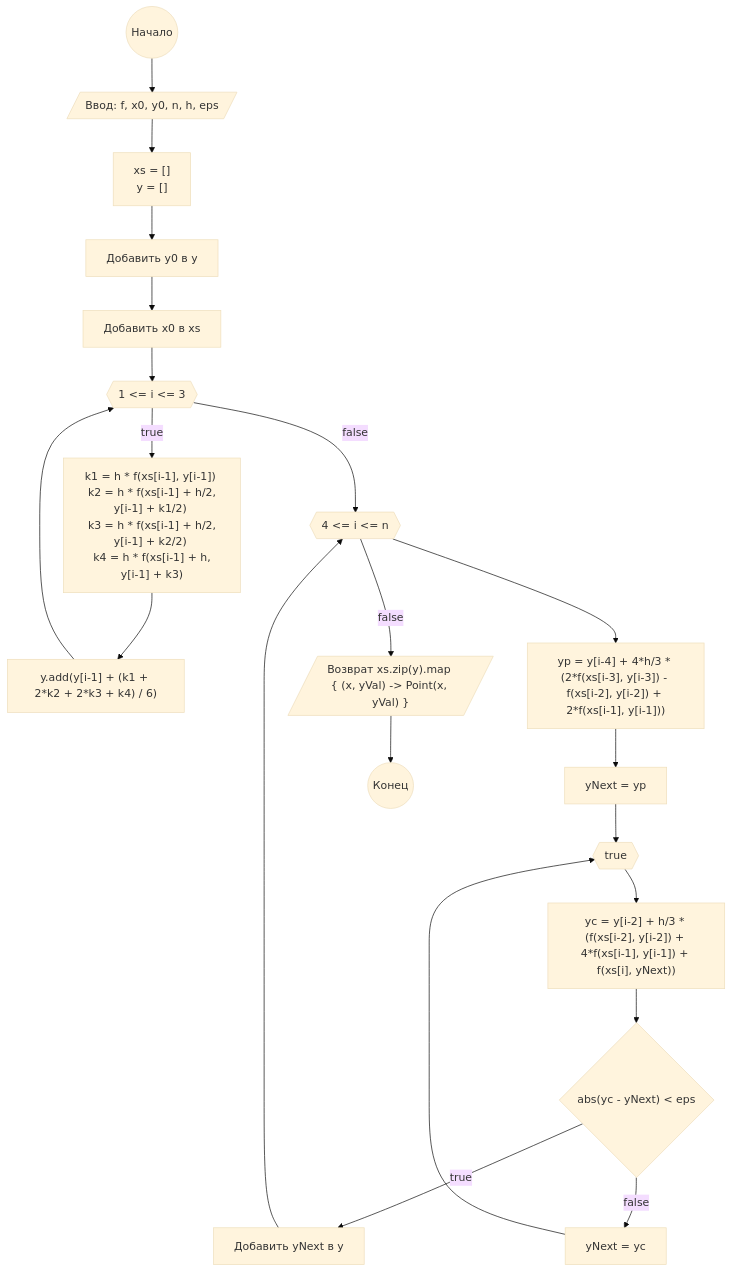
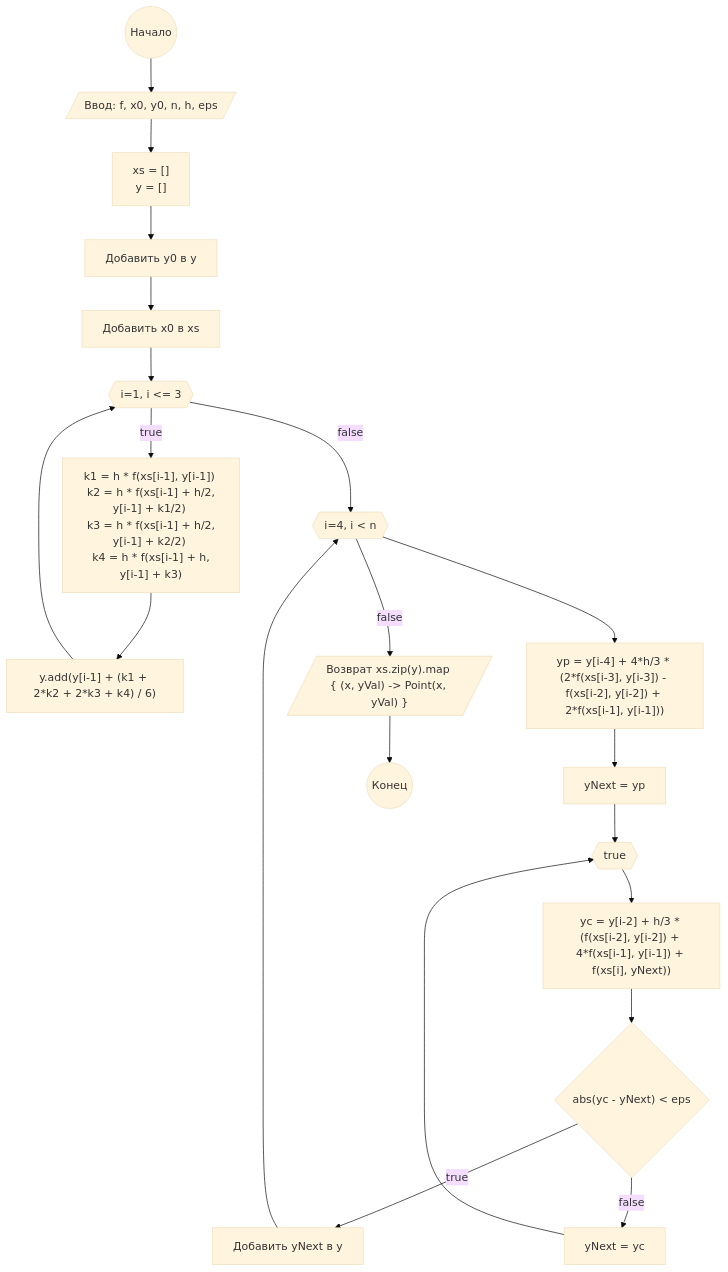
The diagram in docs/schemes/milne_method.mmd (arekalov/CompMat-lab6), drawn with Mermaid (base theme) before and after one commit. The commit also changed 4 other files, not shown here.

```diff
--- a/docs/schemes/milne_method.mmd
+++ b/docs/schemes/milne_method.mmd
@@ -1,31 +1,31 @@
 graph TD
     A(("Начало"))
     B[/"Ввод: f, x0, y0, n, h, eps"/]
     C["xs = []\n y = []"]
     C1["Добавить y0 в y"]
     X1["Добавить x0 в xs"]
 
-    FIRST-FOR{{"1 &lt;= i &lt;= 3"}}
+    FIRST-FOR{{"i=1, i <= 3"}}
     KS["k1 = h * f(xs[i-1], y[i-1]) \n k2 = h * f(xs[i-1] + h/2, y[i-1] + k1/2) \n k3 = h * f(xs[i-1] + h/2, y[i-1] + k2/2) \n k4 = h * f(xs[i-1] + h, y[i-1] + k3)"]
     Y-ADD["y.add(y[i-1] + (k1 + 2*k2 + 2*k3 + k4) / 6)"]
 
-    SECOND_FOR{{"4 &lt;= i &lt;= n"}}
+    SECOND_FOR{{"i=4, i < n"}}
     YP["yp = y[i-4] + 4*h/3 * (2*f(xs[i-3], y[i-3]) - f(xs[i-2], y[i-2]) + 2*f(xs[i-1], y[i-1]))"]
     Y_NEXT["yNext = yp"]
 
     WHILE{{"true"}}
     YC["yc = y[i-2] + h/3 * (f(xs[i-2], y[i-2]) + 4*f(xs[i-1], y[i-1]) + f(xs[i], yNext))"]
     IF{"abs(yc - yNext) &lt; eps"}
     ADD_Y_NEXT["Добавить yNext в y"]
 
     Y_UPDATE["yNext = yc"]
 
     J[/"Возврат xs.zip(y).map { (x, yVal) -&gt; Point(x, yVal) }"/]
     K(("Конец"))
 
     A --> B --> C --> C1 --> X1 --> FIRST-FOR -- true  --> KS --> Y-ADD --> FIRST-FOR -- false --> SECOND_FOR
     SECOND_FOR --> YP --> Y_NEXT --> WHILE
     WHILE --> YC --> IF
     IF -- true --> ADD_Y_NEXT --> SECOND_FOR
     IF -- false --> Y_UPDATE --> WHILE
     SECOND_FOR -- false --> J --> K
```
